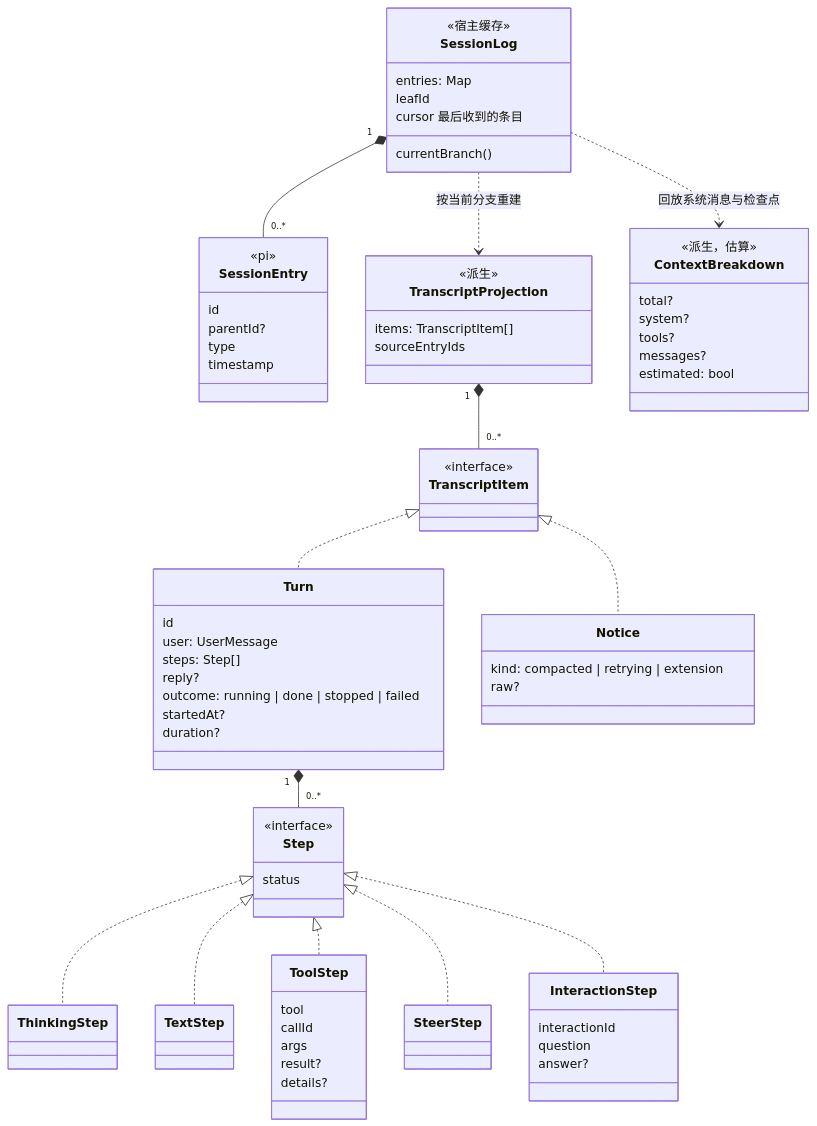
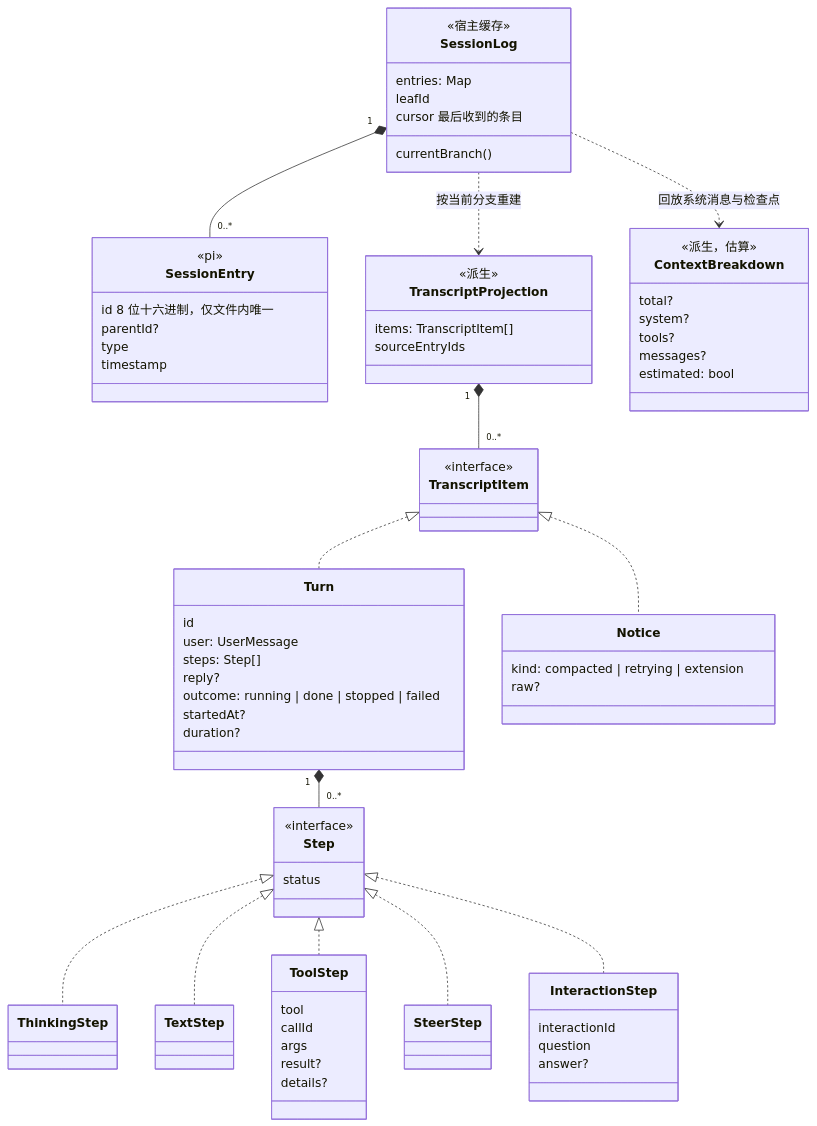
The second of 7 diagrams in docs/architecture/domain-model.md (Wan-Kai/atrium), drawn with Mermaid before and after one commit. The commit also changed other lines of this file and 1 other file, not shown here.

````diff
--- a/docs/architecture/domain-model.md
+++ b/docs/architecture/domain-model.md
@@ -110,79 +113,79 @@
 ```mermaid
 classDiagram
     direction TB
     class SessionEntry {
       <<pi>>
-      id
+      id  8 位十六进制，仅文件内唯一
       parentId?
       type
       timestamp
     }
     class SessionLog {
       <<宿主缓存>>
       entries: Map
       leafId
       cursor  最后收到的条目
       currentBranch()
     }
     class TranscriptProjection {
       <<派生>>
       items: TranscriptItem[]
       sourceEntryIds
     }
     class ContextBreakdown {
       <<派生，估算>>
       total?
       system?
       tools?
       messages?
       estimated: bool
     }
     class TranscriptItem {
       <<interface>>
     }
     class Turn {
       id
       user: UserMessage
       steps: Step[]
       reply?
       outcome: running | done | stopped | failed
       startedAt?
       duration?
     }
     class Notice {
       kind: compacted | retrying | extension
       raw?
     }
     class Step {
       <<interface>>
       status
     }
     class ThinkingStep
     class TextStep
     class ToolStep {
       tool
       callId
       args
       result?
       details?
     }
     class SteerStep
     class InteractionStep {
       interactionId
       question
       answer?
     }
 
     SessionLog "1" *-- "0..*" SessionEntry
     SessionLog ..> TranscriptProjection : 按当前分支重建
     SessionLog ..> ContextBreakdown : 回放系统消息与检查点
     TranscriptProjection "1" *-- "0..*" TranscriptItem
     TranscriptItem <|.. Turn
     TranscriptItem <|.. Notice
     Turn "1" *-- "0..*" Step
     Step <|.. ThinkingStep
     Step <|.. TextStep
     Step <|.. ToolStep
     Step <|.. SteerStep
     Step <|.. InteractionStep
 ```
````
